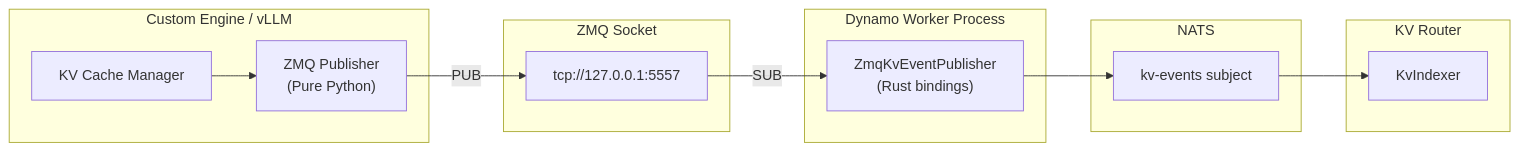
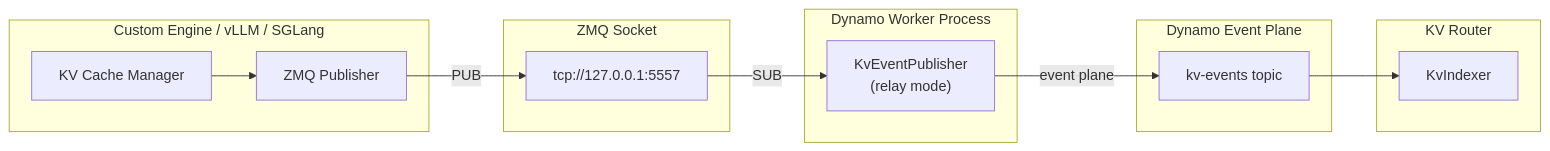
The second of 2 diagrams in docs/pages/integrations/kv-events-custom-engines.md (ai-dynamo/dynamo), drawn with Mermaid before and after one commit. The commit also changed other lines of this file and 3 other files, not shown here.

Commit message:
docs: exorcise stale NATS references from kv event docs

````diff
--- a/docs/pages/integrations/kv-events-custom-engines.md
+++ b/docs/pages/integrations/kv-events-custom-engines.md
@@ -151,29 +141,29 @@
 ```mermaid
 flowchart LR
-    subgraph Engine["Custom Engine / vLLM"]
+    subgraph Engine["Custom Engine / vLLM / SGLang"]
         cache["KV Cache Manager"]
-        zmq_pub["ZMQ Publisher<br/>(Pure Python)"]
+        zmq_pub["ZMQ Publisher"]
     end
 
     subgraph ZMQ["ZMQ Socket"]
         socket["tcp://127.0.0.1:5557"]
     end
 
     subgraph Worker["Dynamo Worker Process"]
-        zmq_sub["ZmqKvEventPublisher<br/>(Rust bindings)"]
+        relay["KvEventPublisher<br/>(relay mode)"]
     end
 
-    subgraph NATS["NATS"]
-        subject["kv-events subject"]
+    subgraph EP["Dynamo Event Plane"]
+        topic["kv-events topic"]
     end
 
     subgraph Router["KV Router"]
         indexer["KvIndexer"]
     end
 
     cache --> zmq_pub
     zmq_pub -->|"PUB"| socket
-    socket -->|"SUB"| zmq_sub
-    zmq_sub --> subject
-    subject --> indexer
+    socket -->|"SUB"| relay
+    relay -->|"event plane"| topic
+    topic --> indexer
 ```
````
